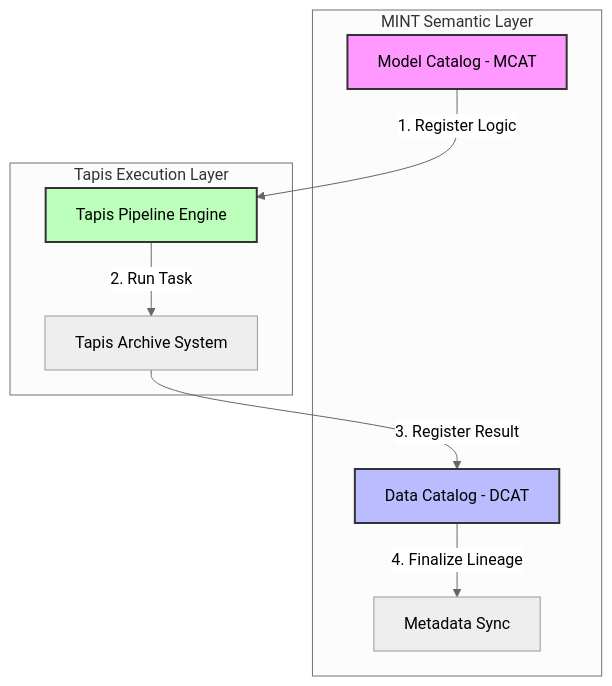
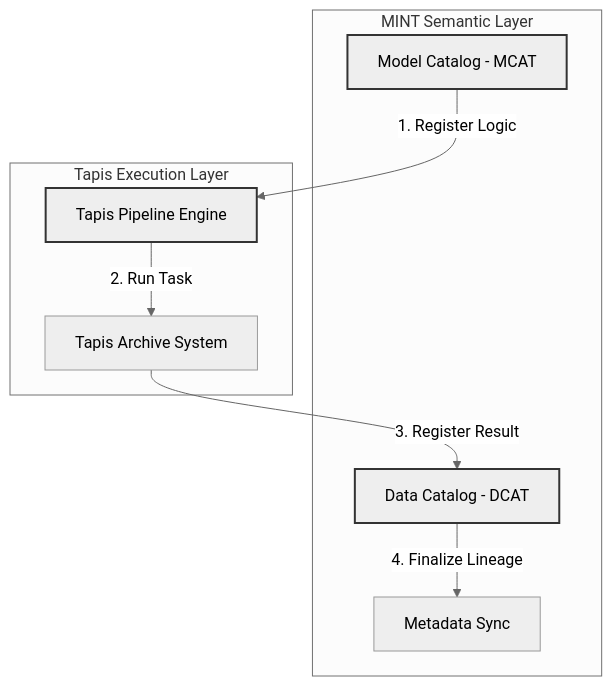
The diagram in Tapis_Mint_Workflow/README.md (SethSterling22/Tapis_Workflow_Automation), drawn with Mermaid (neutral theme) before and after one commit. The commit also changed 2 other files, not shown here.

````diff
--- a/Tapis_Mint_Workflow/README.md
+++ b/Tapis_Mint_Workflow/README.md
@@ -23,25 +23,25 @@
 ```mermaid
 graph TD
     subgraph MINT_Ecosystem["MINT Semantic Layer"]
         MCAT[Model Catalog - MCAT]
         DCAT[Data Catalog - DCAT]
         Sync[Metadata Sync]
     end
 
     subgraph Tapis_Execution["Tapis Execution Layer"]
         Pipeline[Tapis Pipeline Engine]
         Archive[Tapis Archive System]
     end
 
     %% Flow
     MCAT -->|1. Register Logic| Pipeline
     Pipeline -->|2. Run Task| Archive
     Archive -->|3. Register Result| DCAT
     DCAT -->|4. Finalize Lineage| Sync
     
     %% Details
-    style MCAT fill:#f9f,stroke:#333,stroke-width:2px
-    style DCAT fill:#bbf,stroke:#333,stroke-width:2px
-    style Pipeline fill:#bfb,stroke:#333,stroke-width:2px
+    style MCAT fill:##3d3d3d,stroke:#333,stroke-width:2px
+    style DCAT fill:##3d3d3d,stroke:#333,stroke-width:2px
+    style Pipeline fill:##3d3d3d,stroke:#333,stroke-width:2px
 
 ```
````
